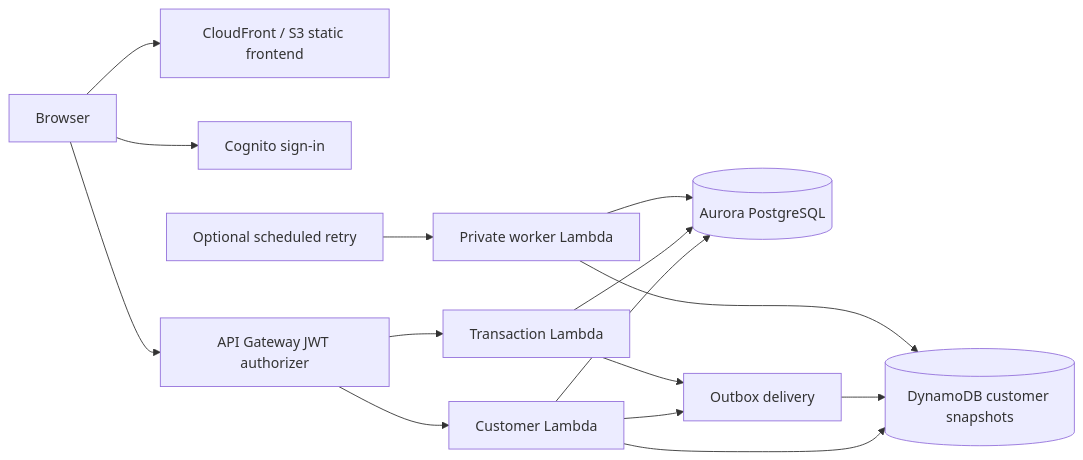
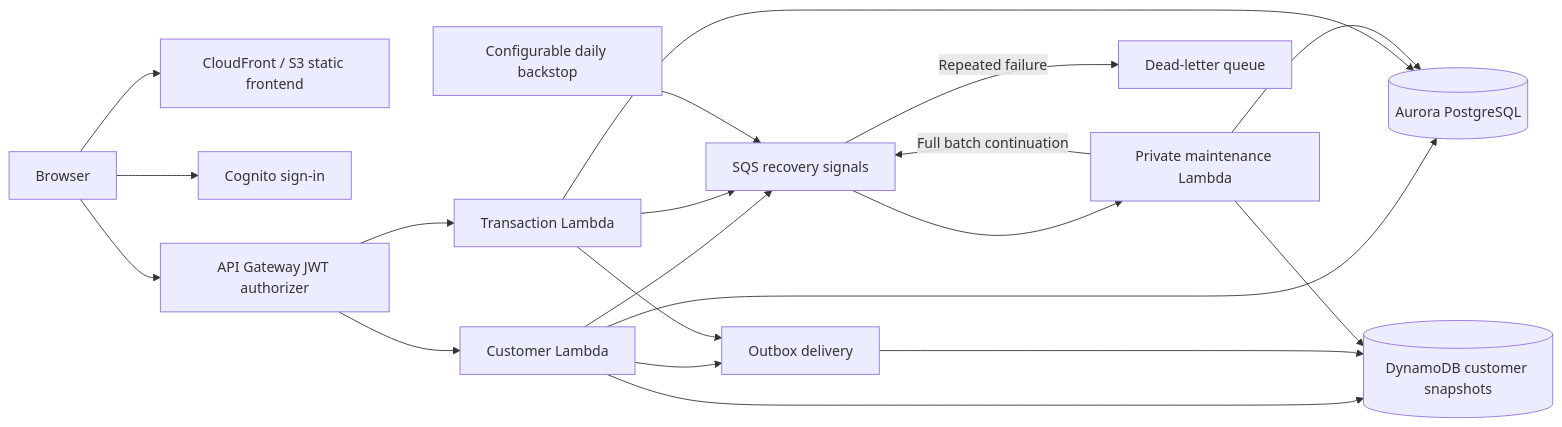
One commit to bhaveshmantrabuddi/capital_ledger changed the diagram in docs/architecture.md. Above: the diagram before and after it, drawn with Mermaid. The commit also changed other lines of this file and 20 other files, not shown here.

````diff
--- a/docs/architecture.md
+++ b/docs/architecture.md
@@ -7,17 +7,22 @@
 ```mermaid
 flowchart LR
     U[Browser] --> WEB[CloudFront / S3 static frontend]
     U --> AUTH[Cognito sign-in]
     U --> API[API Gateway JWT authorizer]
     API --> C[Customer Lambda]
     API --> T[Transaction Lambda]
     C --> SQL[(Aurora PostgreSQL)]
     T --> SQL
     C --> DDB[(DynamoDB customer snapshots)]
     C --> DELIVERY[Outbox delivery]
     T --> DELIVERY
     DELIVERY --> DDB
-    TIMER[Optional scheduled retry] --> W[Private worker Lambda]
+    C --> Q[SQS recovery signals]
+    T --> Q
+    TIMER[Configurable daily backstop] --> Q
+    Q --> W[Private maintenance Lambda]
+    W -->|Full batch continuation| Q
+    Q -->|Repeated failure| DLQ[Dead-letter queue]
     W --> SQL
     W --> DDB
 ```
````
